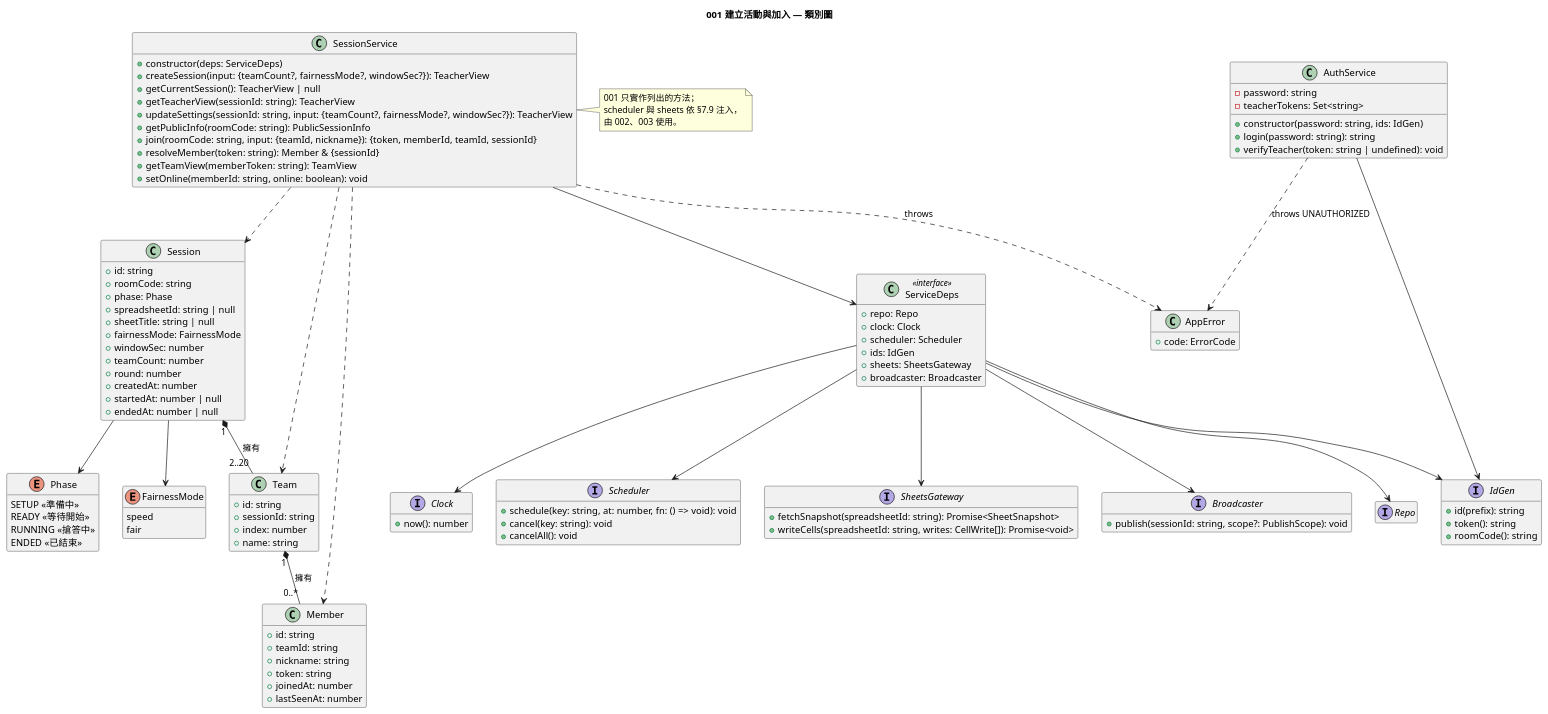
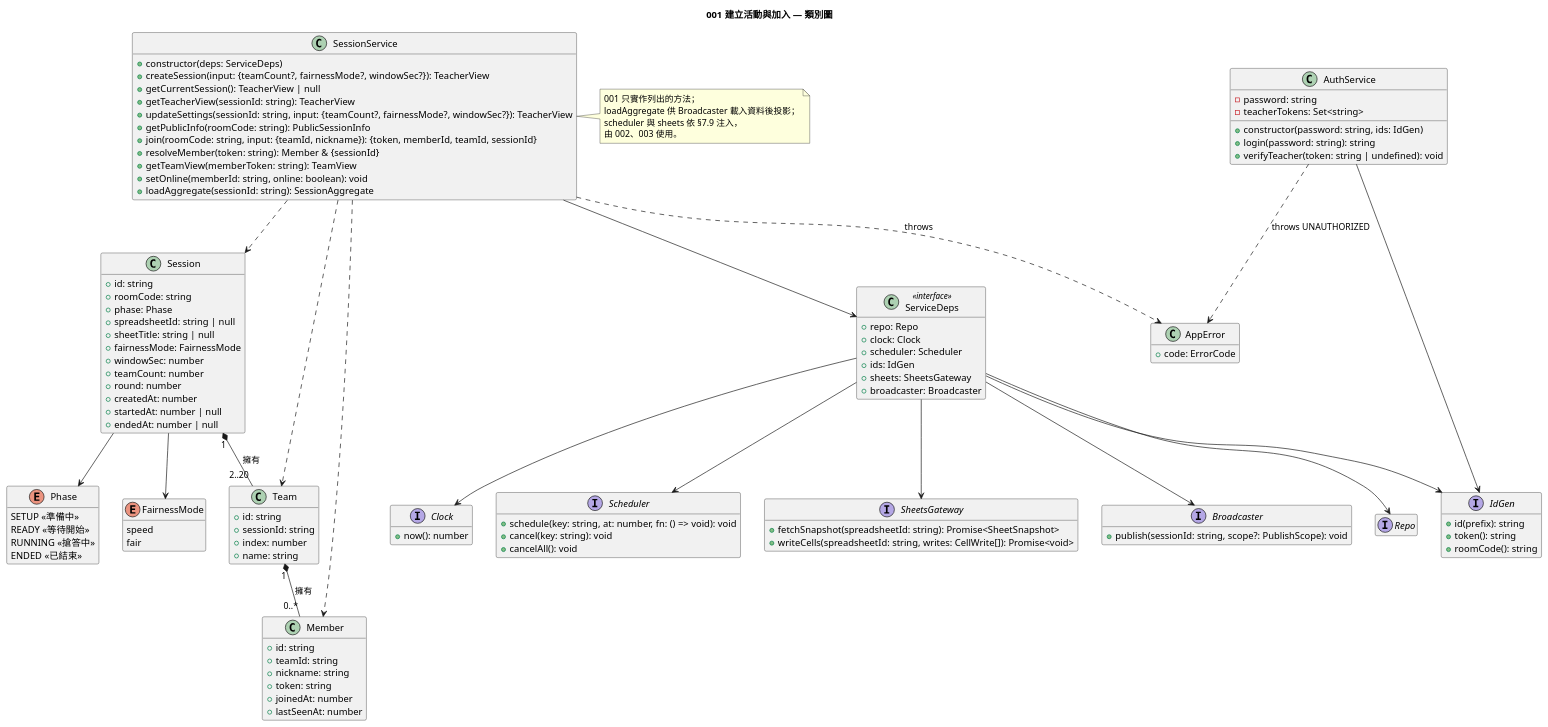
One commit to mkj-mkj/SE_Final_Project_SpecKit changed the diagram in diagrams/001-class.puml. Above: the diagram before and after it, drawn with PlantUML. The commit also changed 49 other files, not shown here.

```diff
--- a/diagrams/001-class.puml
+++ b/diagrams/001-class.puml
@@ -1,125 +1,127 @@
 @startuml 001-class
 title 001 建立活動與加入 — 類別圖
 hide empty members
 
 enum Phase {
   SETUP <<準備中>>
   READY <<等待開始>>
   RUNNING <<搶答中>>
   ENDED <<已結束>>
 }
 enum FairnessMode {
   speed
   fair
 }
 
 class Session {
   +id: string
   +roomCode: string
   +phase: Phase
   +spreadsheetId: string | null
   +sheetTitle: string | null
   +fairnessMode: FairnessMode
   +windowSec: number
   +teamCount: number
   +round: number
   +createdAt: number
   +startedAt: number | null
   +endedAt: number | null
 }
 class Team {
   +id: string
   +sessionId: string
   +index: number
   +name: string
 }
 class Member {
   +id: string
   +teamId: string
   +nickname: string
   +token: string
   +joinedAt: number
   +lastSeenAt: number
 }
 
 class AuthService {
   -password: string
   -teacherTokens: Set<string>
   +constructor(password: string, ids: IdGen)
   +login(password: string): string
   +verifyTeacher(token: string | undefined): void
 }
 
 class ServiceDeps <<interface>> {
   +repo: Repo
   +clock: Clock
   +scheduler: Scheduler
   +ids: IdGen
   +sheets: SheetsGateway
   +broadcaster: Broadcaster
 }
 
 class SessionService {
   +constructor(deps: ServiceDeps)
   +createSession(input: {teamCount?, fairnessMode?, windowSec?}): TeacherView
   +getCurrentSession(): TeacherView | null
   +getTeacherView(sessionId: string): TeacherView
   +updateSettings(sessionId: string, input: {teamCount?, fairnessMode?, windowSec?}): TeacherView
   +getPublicInfo(roomCode: string): PublicSessionInfo
   +join(roomCode: string, input: {teamId, nickname}): {token, memberId, teamId, sessionId}
   +resolveMember(token: string): Member & {sessionId}
   +getTeamView(memberToken: string): TeamView
   +setOnline(memberId: string, online: boolean): void
+  +loadAggregate(sessionId: string): SessionAggregate
 }
 
 interface Broadcaster {
   +publish(sessionId: string, scope?: PublishScope): void
 }
 interface Repo
 interface Clock {
   +now(): number
 }
 interface Scheduler {
   +schedule(key: string, at: number, fn: () => void): void
   +cancel(key: string): void
   +cancelAll(): void
 }
 interface IdGen {
   +id(prefix): string
   +token(): string
   +roomCode(): string
 }
 interface SheetsGateway {
   +fetchSnapshot(spreadsheetId: string): Promise<SheetSnapshot>
   +writeCells(spreadsheetId: string, writes: CellWrite[]): Promise<void>
 }
 
 class AppError {
   +code: ErrorCode
 }
 
 note right of SessionService
   001 只實作列出的方法；
+  loadAggregate 供 Broadcaster 載入資料後投影；
   scheduler 與 sheets 依 §7.9 注入，
   由 002、003 使用。
 end note
 
 Session "1" *-- "2..20" Team : 擁有
 Team "1" *-- "0..*" Member : 擁有
 Session --> Phase
 Session --> FairnessMode
 
 SessionService --> ServiceDeps
 ServiceDeps --> Repo
 ServiceDeps --> Clock
 ServiceDeps --> Scheduler
 ServiceDeps --> IdGen
 ServiceDeps --> SheetsGateway
 ServiceDeps --> Broadcaster
 SessionService ..> Session
 SessionService ..> Team
 SessionService ..> Member
 SessionService ..> AppError : throws
 AuthService --> IdGen
 AuthService ..> AppError : throws UNAUTHORIZED
 @enduml
```
